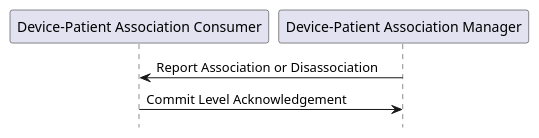
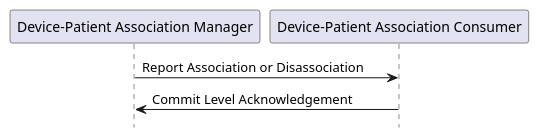
One commit to IHE/DEV.PCIM changed the second of 3 diagrams in CPs/IHE_DEV_Suppl_PCIM_Foundational CP applied.adoc. Above: the diagram before and after it, drawn with PlantUML. The commit also changed other lines of this file, not shown here.

Commit message:
Swap order of manager and consumer participants DEV-52.

```diff
--- a/CPs/IHE_DEV_Suppl_PCIM_Foundational CP applied.adoc
+++ b/CPs/IHE_DEV_Suppl_PCIM_Foundational CP applied.adoc
@@ -612,10 +612,10 @@
 [plantuml, asciidoc-plant-uml-manager-consumer-report-interaction-diagram, svg]
 ....
 @startuml
 hide footbox
+participant "Device-Patient Association Manager"  as manager
 participant "Device-Patient Association Consumer" as consumer  
-participant "Device-Patient Association Manager"  as manager
 manager -> consumer : Report Association or Disassociation
 consumer -> manager : Commit Level Acknowledgement
 @enduml
 ....
```
